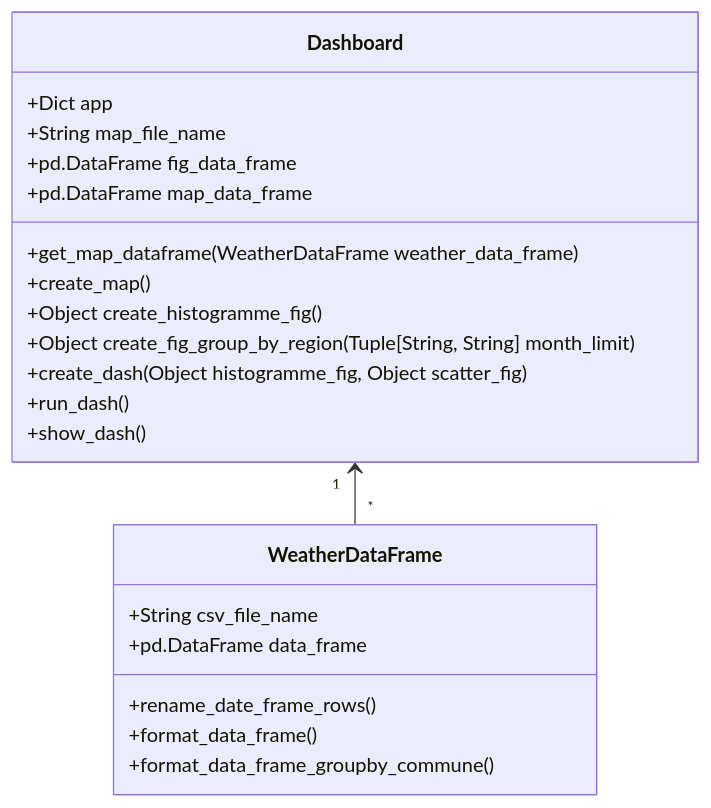
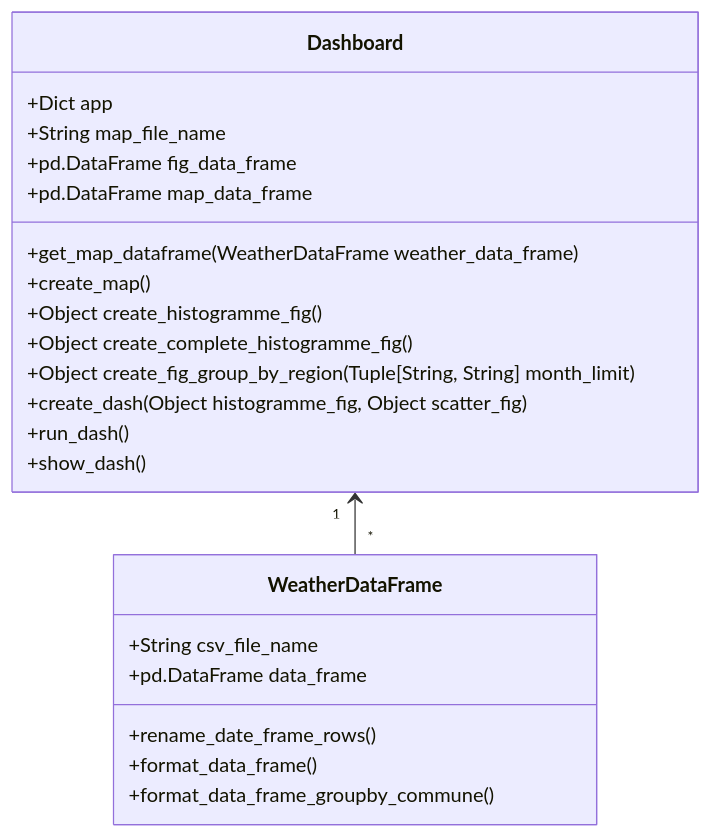
The diagram in readme.md (DaSilvaRemi/OpenDataProject), drawn with Mermaid before and after one commit. The commit also changed other lines of this file and 9 other files, not shown here.

````diff
--- a/readme.md
+++ b/readme.md
@@ -101,26 +138,27 @@
 ```mermaid
 classDiagram
     Dashboard "1" <-- "*" WeatherDataFrame
     
     class WeatherDataFrame {
         +String csv_file_name
         +pd.DataFrame data_frame
         +rename_date_frame_rows()
         +format_data_frame()
         +format_data_frame_groupby_commune()
     }
 
     class Dashboard {
         +Dict app
         +String map_file_name
         +pd.DataFrame fig_data_frame
         +pd.DataFrame map_data_frame
         +get_map_dataframe(WeatherDataFrame weather_data_frame)
         +create_map()
         +Object create_histogramme_fig()
+        +Object create_complete_histogramme_fig()
         +Object create_fig_group_by_region(Tuple[String, String] month_limit)
         +create_dash(Object histogramme_fig, Object scatter_fig)
         +run_dash()
         +show_dash()
     }
 ```
````
